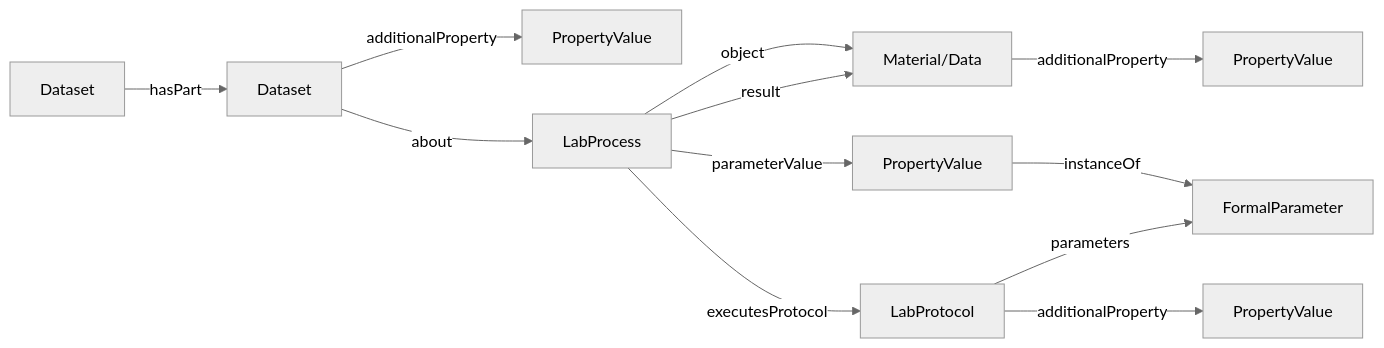
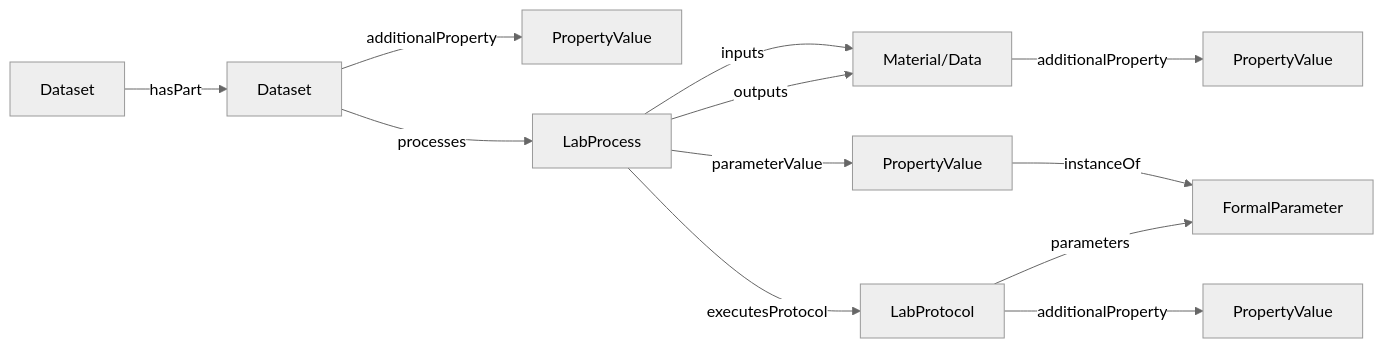
The first of 2 diagrams in spec/core/README.md (HLWeil/ProcessCore), drawn with Mermaid (neutral theme) before and after one commit. The commit also changed 9 other files, not shown here.

````diff
--- a/spec/core/README.md
+++ b/spec/core/README.md
@@ -13,22 +13,22 @@
 ```mermaid
 flowchart LR
 
     md[Material/Data]
     d[Dataset]
     dp[PropertyValue]
     pp[PropertyValue]
     mdp[PropertyValue]
 
     d --hasPart--> Dataset
-    Dataset --about--> LabProcess
+    Dataset --processes--> LabProcess
     Dataset --additionalProperty--> dp
-    LabProcess --"object"--> md
+    LabProcess --inputs--> md
     LabProcess --parameterValue--> pp
-    LabProcess --result--> md
+    LabProcess --"outputs"--> md
     LabProcess --executesProtocol--> LabProtocol
     md --additionalProperty--> mdp
     pp --instanceOf--> FormalParameter
     LabProtocol --parameters--> FormalParameter
     LabProtocol --additionalProperty--> PropertyValue
 
 ```
````
